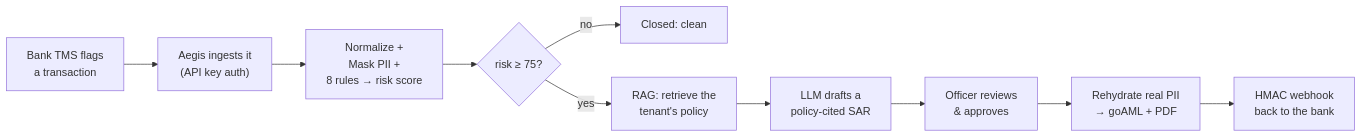
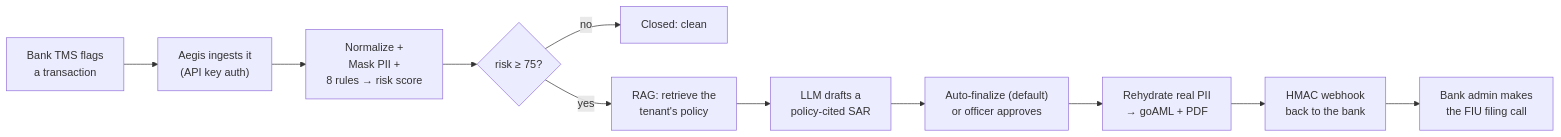
The first of 11 diagrams in AEGIS_KNOWLEDGE_BASE.md (Nikhilkarur/sar-rag_v1), drawn with Mermaid before and after one commit. The commit also changed other lines of this file and 79 other files, not shown here.

````diff
--- a/AEGIS_KNOWLEDGE_BASE.md
+++ b/AEGIS_KNOWLEDGE_BASE.md
@@ -131,12 +135,13 @@
 ```mermaid
 flowchart LR
     A["Bank TMS flags<br/>a transaction"] --> B["Aegis ingests it<br/>(API key auth)"]
     B --> C["Normalize +<br/>Mask PII +<br/>8 rules → risk score"]
     C --> D{"risk ≥ 75?"}
     D -->|"no"| E["Closed: clean"]
     D -->|"yes"| F["RAG: retrieve the<br/>tenant's policy"]
     F --> G["LLM drafts a<br/>policy-cited SAR"]
-    G --> H["Officer reviews<br/>& approves"]
+    G --> H["Auto-finalize (default)<br/>or officer approves"]
     H --> I["Rehydrate real PII<br/>→ goAML + PDF"]
     I --> J["HMAC webhook<br/>back to the bank"]
+    J --> K["Bank admin makes<br/>the FIU filing call"]
 ```
````
